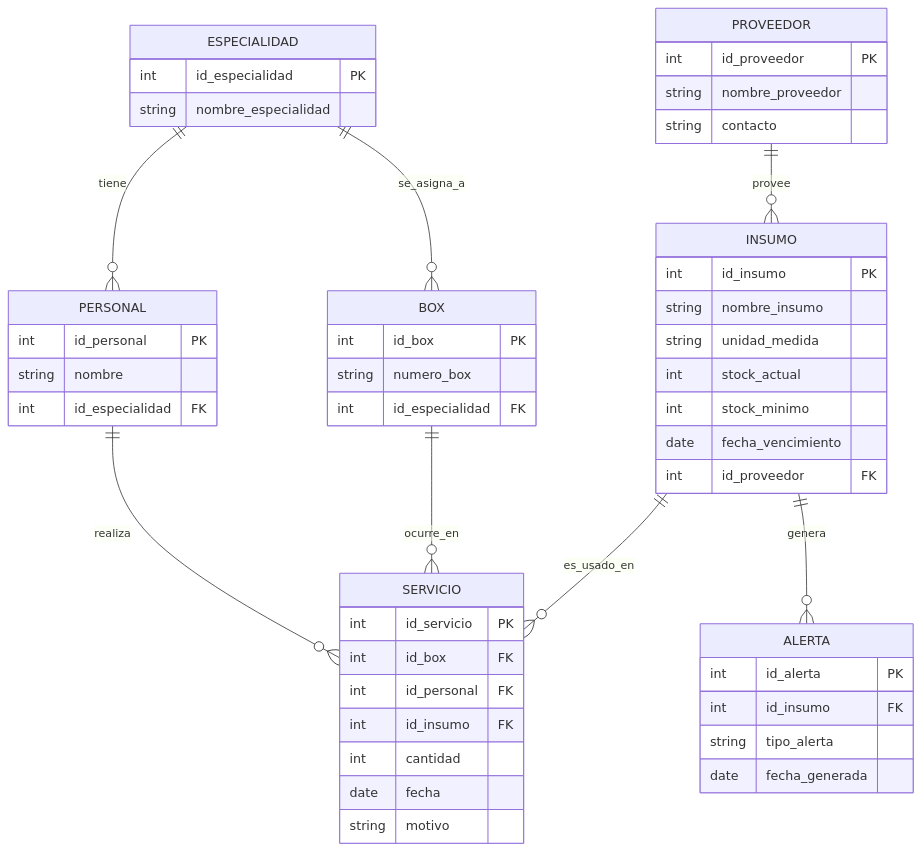
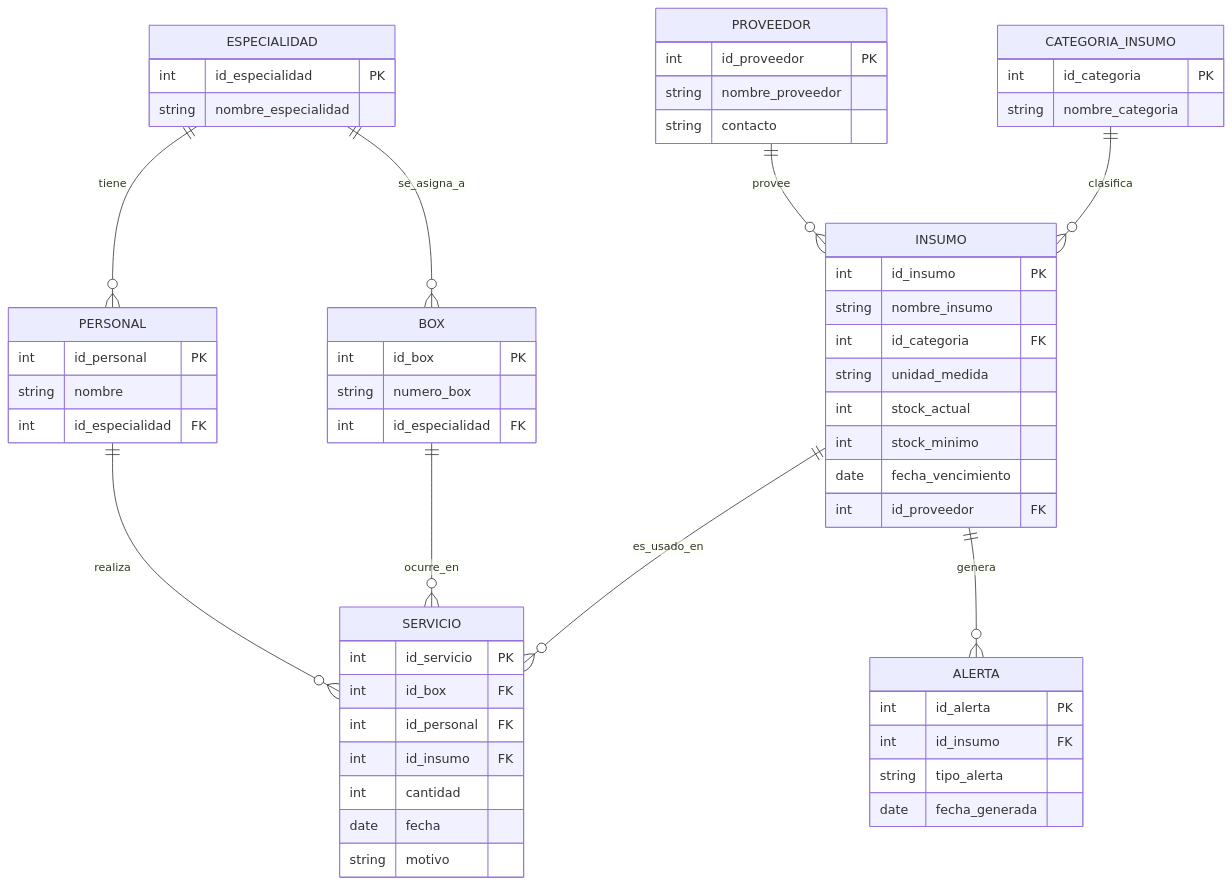
Before and after one commit to alvaroneira2233-prog/Consultorio-Santa-Maria-Josefa-: the diagram in Entidades y atributos.md, drawn with Mermaid. The commit also changed other lines of this file, not shown here.

````diff
--- a/Entidades y atributos.md
+++ b/Entidades y atributos.md
@@ -48,54 +54,59 @@
 ```mermaid
-
 erDiagram
 ESPECIALIDAD ||--o{ PERSONAL : tiene
 ESPECIALIDAD ||--o{ BOX : se_asigna_a
 PERSONAL ||--o{ SERVICIO : realiza
 BOX ||--o{ SERVICIO : ocurre_en
 INSUMO ||--o{ SERVICIO : es_usado_en
 PROVEEDOR ||--o{ INSUMO : provee
+CATEGORIA_INSUMO ||--o{ INSUMO : clasifica
 INSUMO ||--o{ ALERTA : genera
 ESPECIALIDAD {
 int id_especialidad PK
 string nombre_especialidad
 }
 PERSONAL {
 int id_personal PK
 string nombre
 int id_especialidad FK
 }
 BOX {
 int id_box PK
 string numero_box
 int id_especialidad FK
 }
 PROVEEDOR {
 int id_proveedor PK
 string nombre_proveedor
 string contacto
 }
+CATEGORIA_INSUMO {
+int id_categoria PK
+string nombre_categoria
+}
 INSUMO {
 int id_insumo PK
 string nombre_insumo
+int id_categoria FK
 string unidad_medida
 int stock_actual
 int stock_minimo
 date fecha_vencimiento
 int id_proveedor FK
 }
 SERVICIO {
 int id_servicio PK
 int id_box FK
 int id_personal FK
 int id_insumo FK
 int cantidad
 date fecha
 string motivo
 }
 ALERTA {
 int id_alerta PK
 int id_insumo FK
 string tipo_alerta
 date fecha_generada
 }
 ```
````
